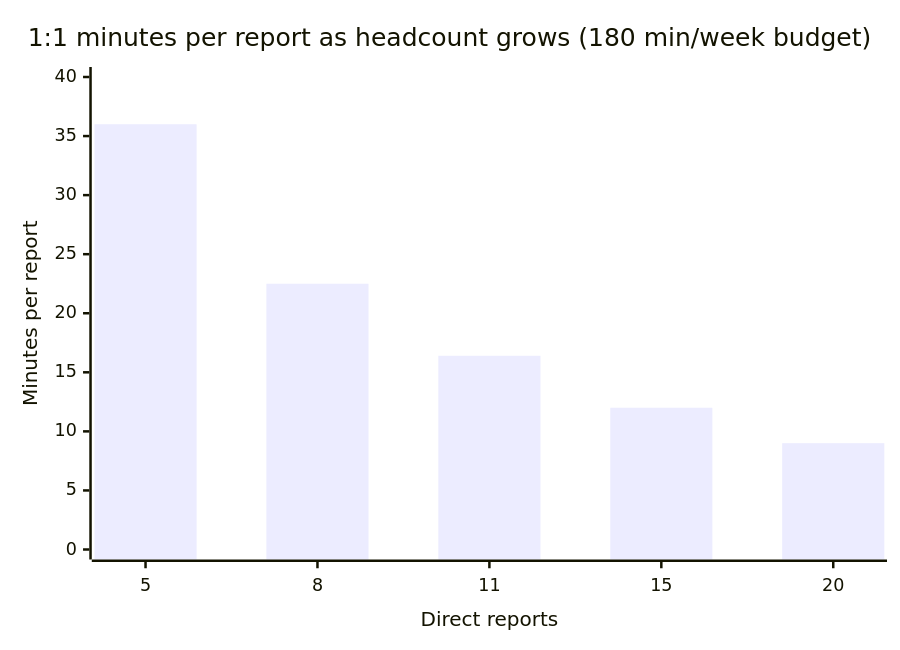
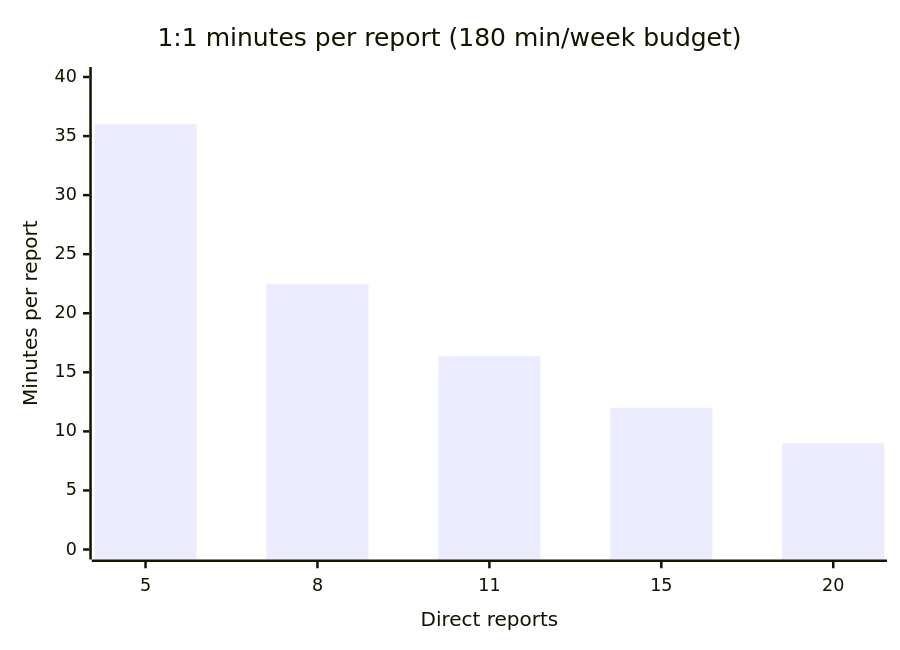
One commit to francoandreDev/knowledge changed the first of 3 diagrams in src/content/people-management/org-design/L2-concept.mdx. Above: the diagram before and after it, drawn with Mermaid. The commit also changed other lines of this file and 16 other files, not shown here.

````diff
--- a/src/content/people-management/org-design/L2-concept.mdx
+++ b/src/content/people-management/org-design/L2-concept.mdx
@@ -30,7 +29,7 @@
 ```mermaid
 xychart-beta
-    title "1:1 minutes per report as headcount grows (180 min/week budget)"
+    title "1:1 minutes per report (180 min/week budget)"
     x-axis "Direct reports" [5, 8, 11, 15, 20]
     y-axis "Minutes per report" 0 --> 40
     bar [36, 22.5, 16.4, 12, 9]
 ```
````
